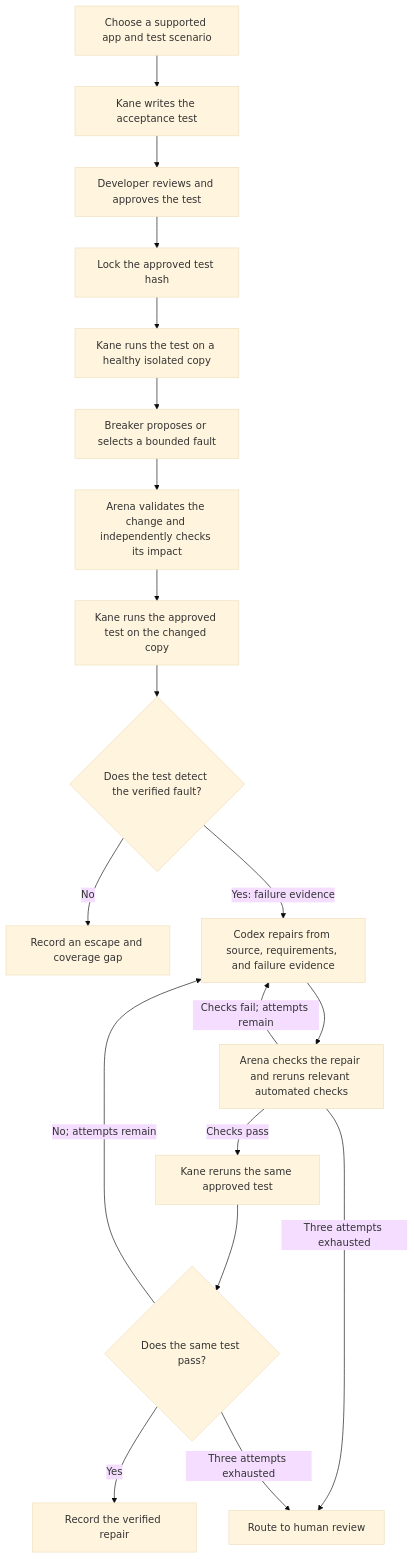
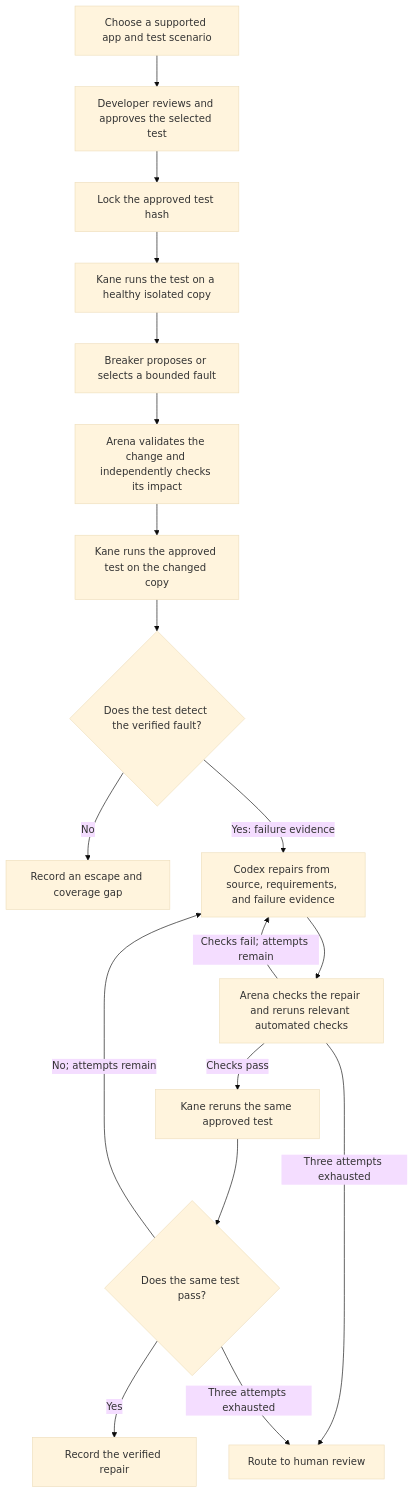
The diagram in README.md (tusharupadhyay738/BuildBreak), drawn with Mermaid (base theme) before and after one commit. The commit also changed other lines of this file and 13 other files, not shown here.

````diff
--- a/README.md
+++ b/README.md
@@ -55,21 +55,20 @@
 ```mermaid
 flowchart TD
-    START["Choose a supported app and test scenario"] --> KANE["Kane writes the acceptance test"]
-    KANE --> APPROVE["Developer reviews and approves the test"]
+    START["Choose a supported app and test scenario"] --> APPROVE["Developer reviews and approves the selected test"]
     APPROVE --> LOCK["Lock the approved test hash"]
     LOCK --> BASE["Kane runs the test on a healthy isolated copy"]
     BASE --> FAULT["Breaker proposes or selects a bounded fault"]
     FAULT --> VALIDATE["Arena validates the change and independently checks its impact"]
     VALIDATE --> BROKEN["Kane runs the approved test on the changed copy"]
     BROKEN --> DETECT{"Does the test detect the verified fault?"}
     DETECT -->|No| ESCAPE["Record an escape and coverage gap"]
     DETECT -->|Yes: failure evidence| REPAIR["Codex repairs from source, requirements, and failure evidence"]
     REPAIR --> CHECK["Arena checks the repair and reruns relevant automated checks"]
     CHECK -->|Checks pass| VERIFY["Kane reruns the same approved test"]
     CHECK -->|Checks fail; attempts remain| REPAIR
     CHECK -->|Three attempts exhausted| HUMAN["Route to human review"]
     VERIFY --> PASS{"Does the same test pass?"}
     PASS -->|Yes| DONE["Record the verified repair"]
     PASS -->|No; attempts remain| REPAIR
     PASS -->|Three attempts exhausted| HUMAN
 ```
````
